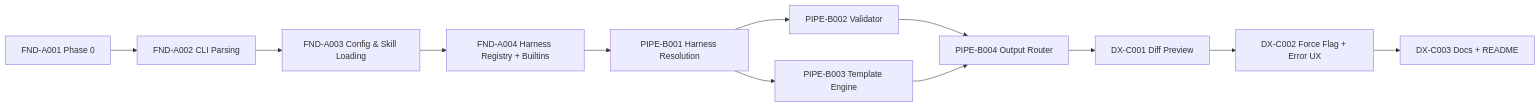
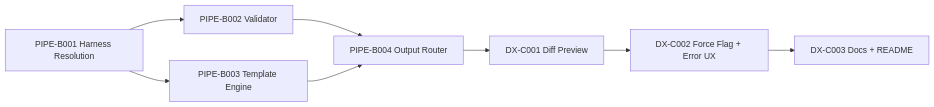
The diagram in .constitution/tasks/critical-path.md (Tuvren/skillprism), drawn with Mermaid before and after one commit. The commit also changed other lines of this file and 27 other files, not shown here.

First line of the commit message:
Epic A: Foundation — dev environment, CLI, config loading, harness registry (#1)

````diff
--- a/.constitution/tasks/critical-path.md
+++ b/.constitution/tasks/critical-path.md
@@ -11,14 +12,10 @@
 ```mermaid
 flowchart LR
-  FND-A001["FND-A001 Phase 0"] --> FND-A002["FND-A002 CLI Parsing"]
-  FND-A002 --> FND-A003["FND-A003 Config & Skill Loading"]
-  FND-A003 --> FND-A004["FND-A004 Harness Registry + Builtins"]
-  FND-A004 --> PIPE-B001["PIPE-B001 Harness Resolution"]
-  PIPE-B001 --> PIPE-B002["PIPE-B002 Validator"]
+  PIPE-B001["PIPE-B001 Harness Resolution"] --> PIPE-B002["PIPE-B002 Validator"]
   PIPE-B001 --> PIPE-B003["PIPE-B003 Template Engine"]
   PIPE-B002 --> PIPE-B004["PIPE-B004 Output Router"]
   PIPE-B003 --> PIPE-B004
   PIPE-B004 --> DX-C001["DX-C001 Diff Preview"]
   DX-C001 --> DX-C002["DX-C002 Force Flag + Error UX"]
   DX-C002 --> DX-C003["DX-C003 Docs + README"]
 ```
````
